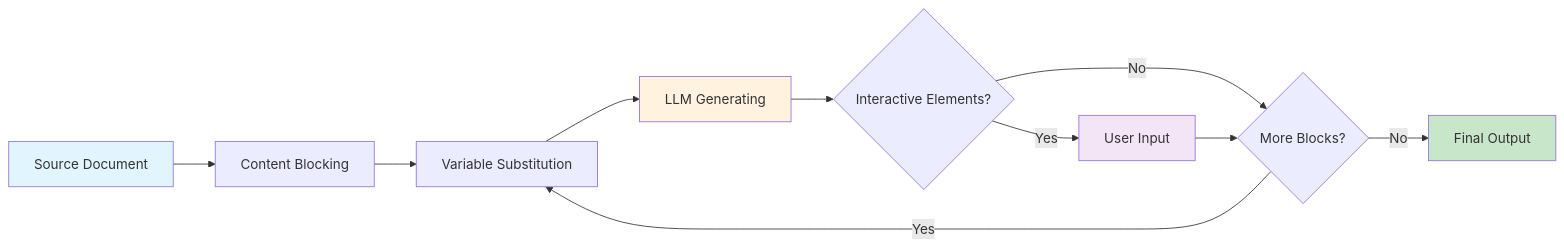
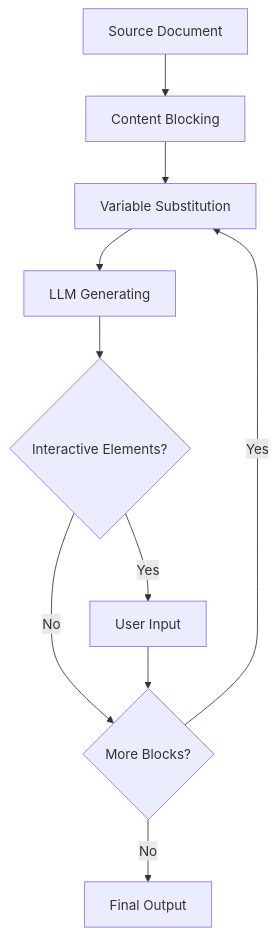
The diagram in docs/docs/specification/how-it-works.md (ai-shifu/markdown-flow), drawn with Mermaid before and after one commit. The commit also changed 33 other files, not shown here.

First line of the commit message:
Fix Mermaid diagrams by using Material for MkDocs native support

````diff
--- a/docs/docs/specification/how-it-works.md
+++ b/docs/docs/specification/how-it-works.md
@@ -82,17 +82,12 @@
 ```mermaid
-flowchart LR
+graph TD
     A[Source Document] --> B[Content Blocking]
     B --> C[Variable Substitution]
     C --> D[LLM Generating]
     D --> E{Interactive Elements?}
     E -->|Yes| F[User Input]
     E -->|No| G{More Blocks?}
     F --> G
     G -->|Yes| C
     G -->|No| H[Final Output]
-
-    style A fill:#e1f5fe
-    style H fill:#c8e6c9
-    style D fill:#fff3e0
-    style F fill:#f3e5f5
 ```
````
